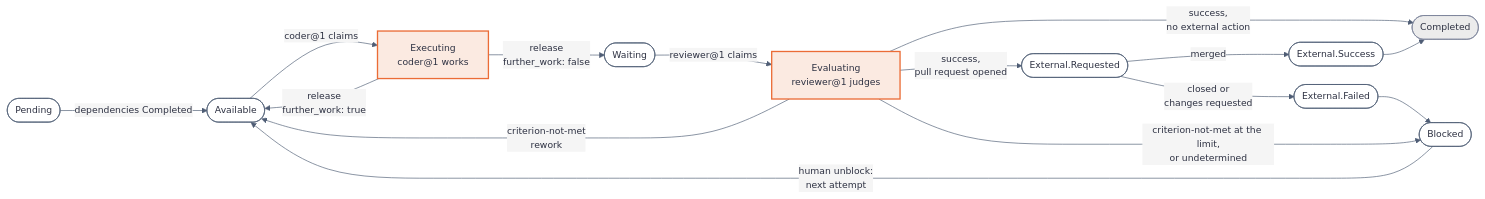
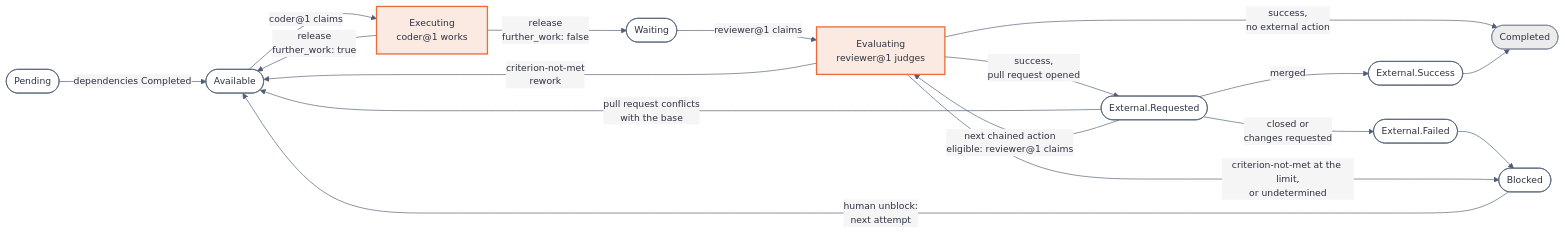
The first of 2 diagrams in docs/explanation/worker.md (kanthorlabs/kanthord), drawn with Mermaid before and after one commit. The commit also changed other lines of this file and 3 other files, not shown here.

````diff
--- a/docs/explanation/worker.md
+++ b/docs/explanation/worker.md
@@ -70,22 +71,24 @@
 ```mermaid
 %%{init: {"theme": "base", "themeVariables": {"background": "#f5f5f5", "primaryColor": "#ffffff", "primaryTextColor": "#2d3142", "primaryBorderColor": "#4f5d75", "secondaryColor": "#ececec", "tertiaryColor": "#f5f5f5", "lineColor": "#4f5d75", "edgeLabelBackground": "#f5f5f5", "fontFamily": "system-ui, sans-serif", "fontSize": "14px"}, "flowchart": {"htmlLabels": true, "useMaxWidth": false, "nodeSpacing": 28, "rankSpacing": 44}}}%%
 flowchart LR
     accTitle: The life of an objective
-    accDescr: Pending becomes Available when its dependencies complete. coder@1 claims Available and the node is Executing. A release with further work returns it to Available. A release with no further work moves it to Waiting. reviewer@1 claims Waiting and the node is Evaluating. criterion-not-met below the rework limit returns it to Available. A success with no external action completes the node. A success with an external action opens a pull request and moves the node to External.Requested, then External.Success and Completed. A criterion-not-met at the limit, an undetermined assessment or a failed external action moves the node to Blocked. A human unblock opens the next attempt.
+    accDescr: Pending becomes Available when its dependencies complete. coder@1 claims Available and the node is Executing. A release with further work returns it to Available. A release with no further work moves it to Waiting. reviewer@1 claims Waiting and the node is Evaluating. criterion-not-met below the rework limit returns it to Available. A success with no external action completes the node. A success with an external action opens a pull request and moves the node to External.Requested, then External.Success and Completed. A pull request that conflicts with the base returns the node to Available. reviewer@1 claims External.Requested again when a chained action becomes eligible. A criterion-not-met at the limit, an undetermined assessment or a failed external action moves the node to Blocked. A human unblock opens the next attempt.
     pending(["Pending"]) -- "dependencies Completed" --> available(["Available"])
     available -- "coder@1 claims" --> executing["Executing<br/>coder@1 works"]
     executing -- "release<br/>further_work: true" --> available
     executing -- "release<br/>further_work: false" --> waiting(["Waiting"])
     waiting -- "reviewer@1 claims" --> evaluating["Evaluating<br/>reviewer@1 judges"]
     evaluating -- "criterion-not-met<br/>rework" --> available
     evaluating -- "success,<br/>no external action" --> completed(["Completed"])
     evaluating -- "success,<br/>pull request opened" --> requested(["External.Requested"])
     requested -- "merged" --> success(["External.Success"]) --> completed
+    requested -- "pull request conflicts<br/>with the base" --> available
+    requested -- "next chained action<br/>eligible: reviewer@1 claims" --> evaluating
     requested -- "closed or<br/>changes requested" --> failed(["External.Failed"]) --> blocked
     evaluating -- "criterion-not-met at the limit,<br/>or undetermined" --> blocked(["Blocked"])
     blocked -- "human unblock:<br/>next attempt" --> available
     classDef work fill:#fbeae1,stroke:#eb6c36,color:#2d3142,stroke-width:2px;
     classDef done fill:#ececec,stroke:#7a8399,color:#2d3142;
     class executing,evaluating work;
     class completed done;
 ```
````
